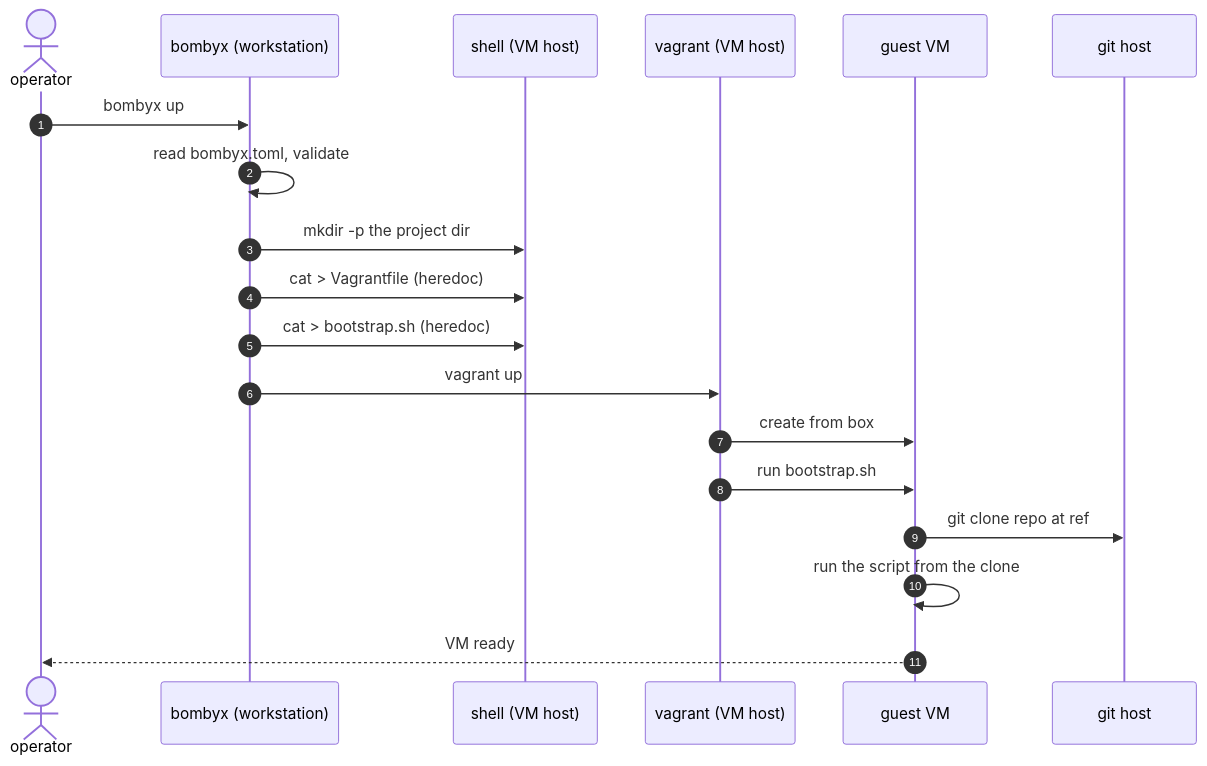
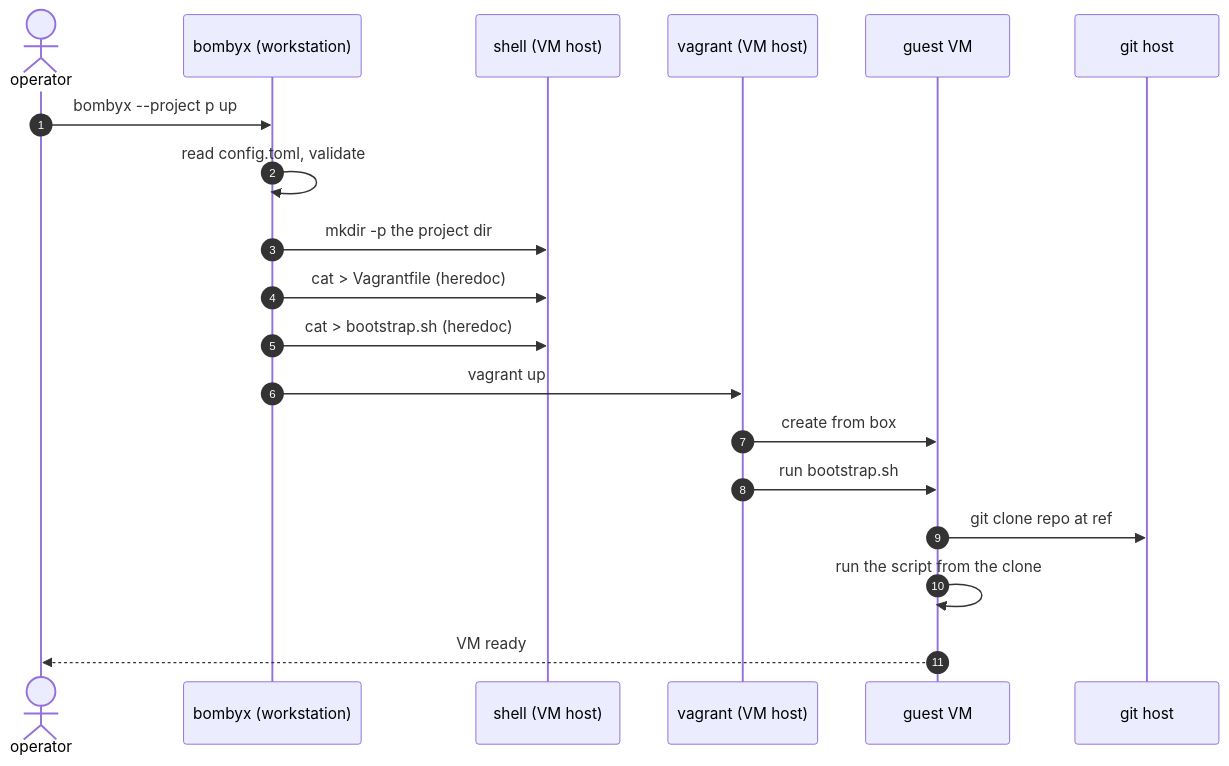
Before and after one commit to breki/bombyx: the fifth of 6 diagrams in docs/architecture.md, drawn with Mermaid. The commit also changed other lines of this file and 30 other files, not shown here.

````diff
--- a/docs/architecture.md
+++ b/docs/architecture.md
@@ -272,22 +252,22 @@
 ```mermaid
 sequenceDiagram
   autonumber
   actor op as operator
   participant cli as bombyx (workstation)
   participant host as shell (VM host)
   participant vg as vagrant (VM host)
   participant guest as guest VM
   participant git as git host
 
-  op->>cli: bombyx up
-  cli->>cli: read bombyx.toml, validate
+  op->>cli: bombyx --project p up
+  cli->>cli: read config.toml, validate
   cli->>host: mkdir -p the project dir
   cli->>host: cat > Vagrantfile (heredoc)
   cli->>host: cat > bootstrap.sh (heredoc)
   cli->>vg: vagrant up
   vg->>guest: create from box
   vg->>guest: run bootstrap.sh
   guest->>git: git clone repo at ref
   guest->>guest: run the script from the clone
   guest-->>op: VM ready
 ```
````
